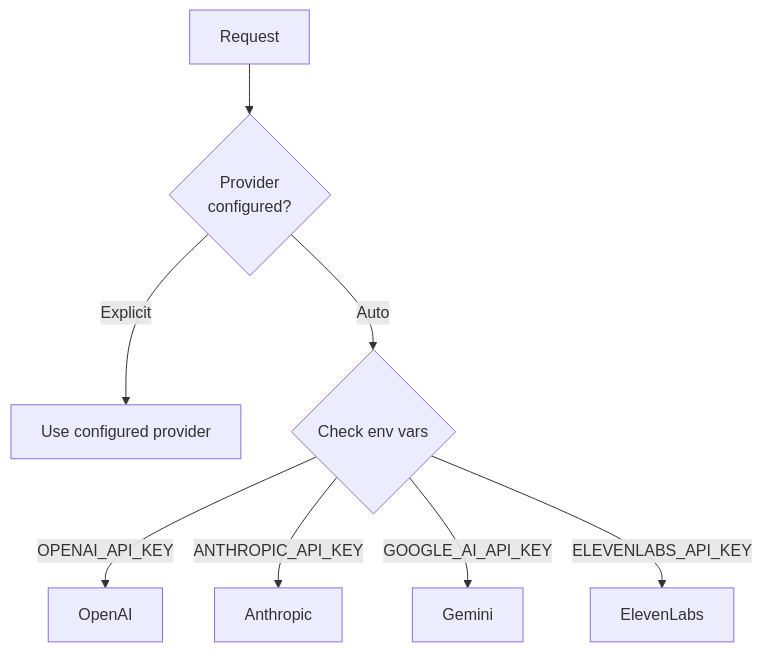
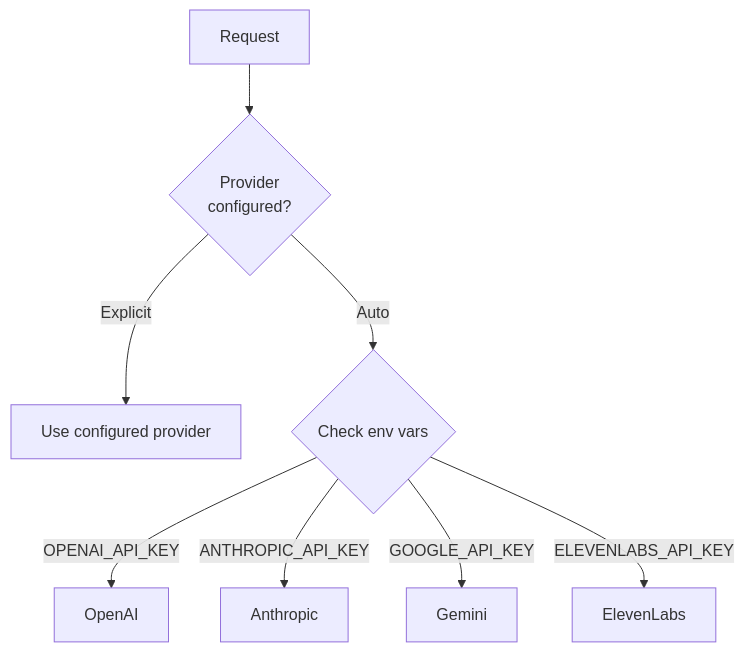
The tenth of 13 diagrams in docs/docs/concepts/architecture.md (llmrtc/llmrtc), drawn with Mermaid before and after one commit. The commit also changed 38 other files, not shown here.

````diff
--- a/docs/docs/concepts/architecture.md
+++ b/docs/docs/concepts/architecture.md
@@ -270,10 +270,10 @@
 ```mermaid
 flowchart TD
     START[Request] --> CHECK{Provider<br/>configured?}
     CHECK -->|Explicit| USE[Use configured provider]
     CHECK -->|Auto| ENV{Check env vars}
     ENV -->|OPENAI_API_KEY| OAI[OpenAI]
     ENV -->|ANTHROPIC_API_KEY| ANTH[Anthropic]
-    ENV -->|GOOGLE_AI_API_KEY| GEM[Gemini]
+    ENV -->|GOOGLE_API_KEY| GEM[Gemini]
     ENV -->|ELEVENLABS_API_KEY| ELEV[ElevenLabs]
 ```
````
